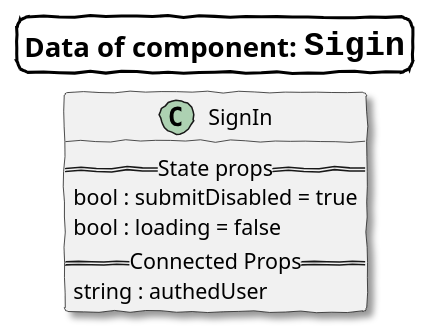
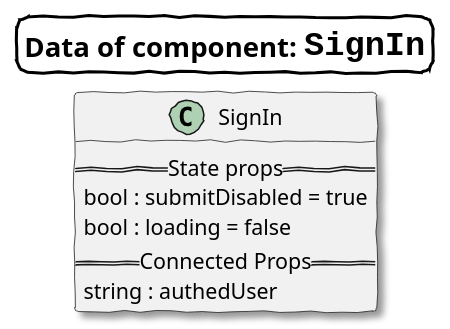
One commit to notetiene/reactnd-would-you-rather changed diagram 16 of 18 in docs/README.org. Above: the diagram before and after it, drawn with PlantUML. The commit also changed other lines of this file and 1 other file, not shown here.

```diff
--- a/docs/README.org
+++ b/docs/README.org
@@ -1130,21 +1126,21 @@
 #+begin_src plantuml :file images/signin_component_data.png
   skinparam {
       titleBorderRoundCorner 15
       titleBorderThickness 2
       titleBorderColor black
       handwritten true
       shadowing true
       defaultMonospacedFontName Courier
   }
 
-  title =Data of component: ""Sigin""
+  title =Data of component: ""SignIn""
   left to right direction
 
   class SignIn {
       == State props ==
       bool : submitDisabled = true
       bool : loading = false
       == Connected Props ==
       string : authedUser
   }
 #+end_src
```
